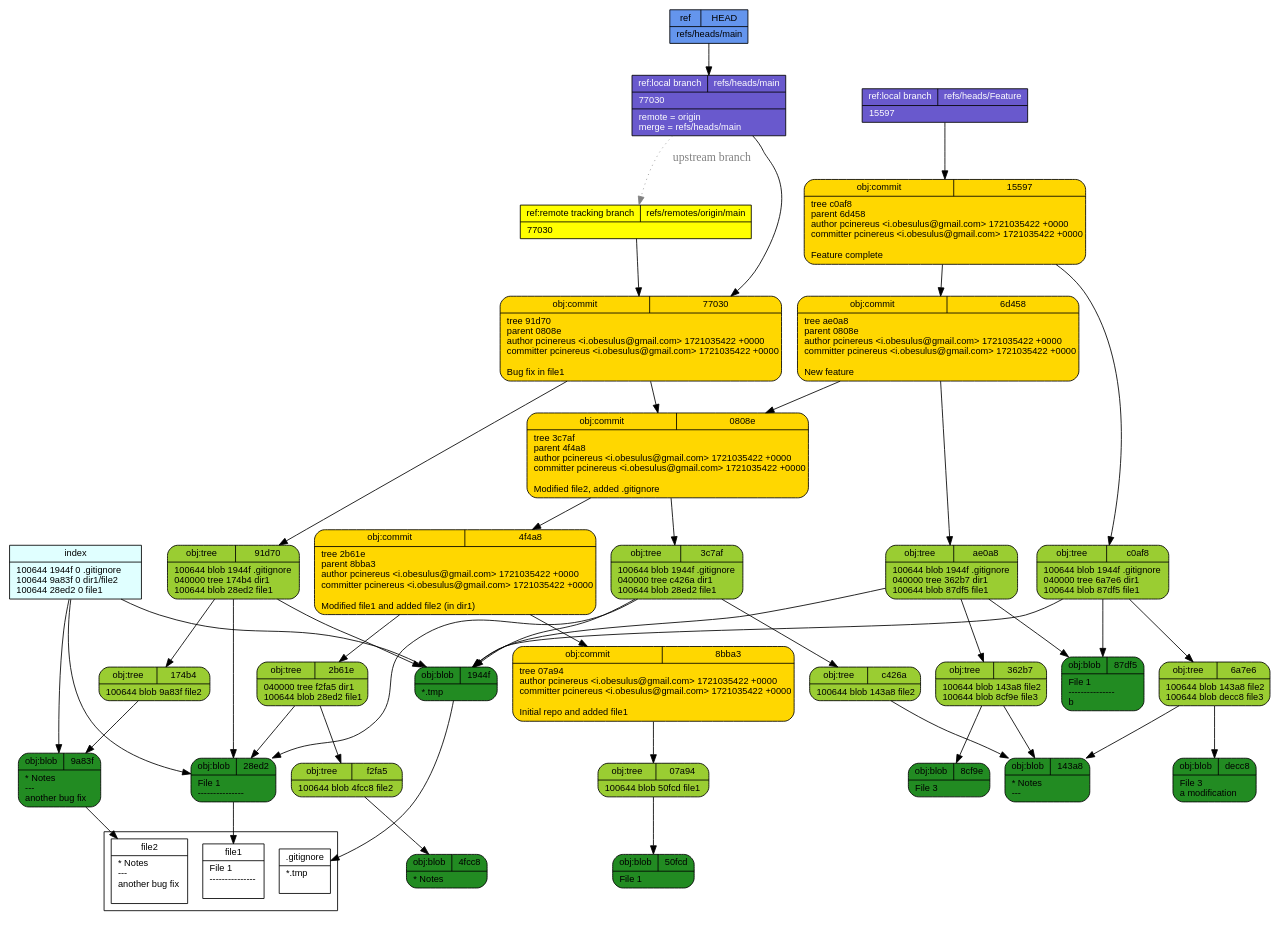
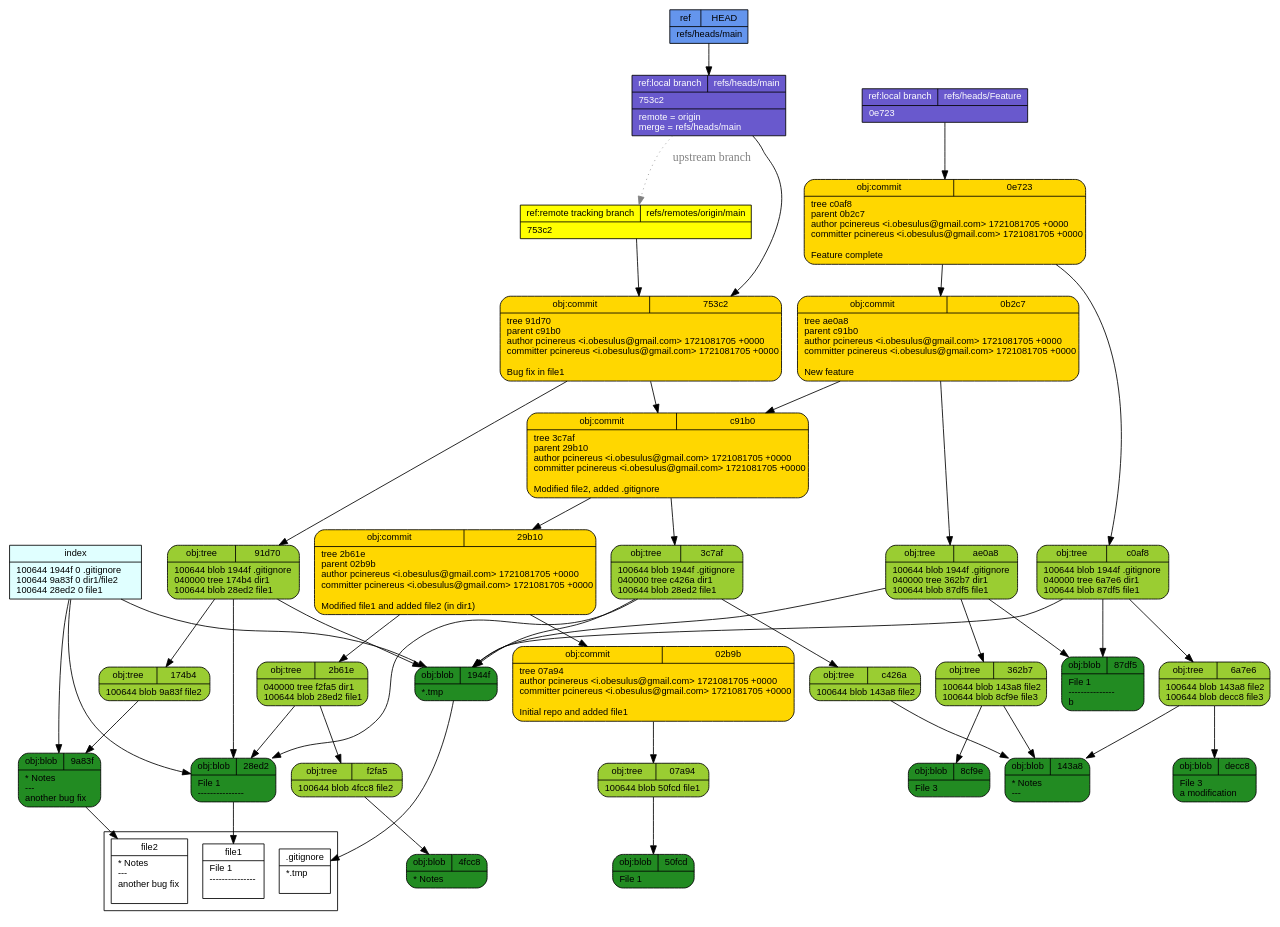
Before and after one commit to pcinereus/SUYRs_documents: the diagram in tut/git-draw.dot, drawn with Graphviz. The commit also changed 607 other files, not shown here.

```diff
--- a/tut/git-draw.dot
+++ b/tut/git-draw.dot
@@ -1,57 +1,57 @@
 digraph structs {
   node [shape=record,fontsize=11,fontname="arial"];
   rankdir="TB";
   _f2fa5 [fillcolor="yellowgreen", style="filled,rounded", label="{{obj:tree|f2fa5}|100644\ blob\ 4fcc8\	file2\l}"]  _f2fa5 -> _4fcc8
   _07a94 [fillcolor="yellowgreen", style="filled,rounded", label="{{obj:tree|07a94}|100644\ blob\ 50fcd\	file1\l}"]  _07a94 -> _50fcd
   _143a8 [fillcolor="forestgreen", style="filled,rounded", label="{{obj:blob|143a8}|\*\ Notes\l\-\-\-\l}"]  _c0af8 [fillcolor="yellowgreen", style="filled,rounded", label="{{obj:tree|c0af8}|100644\ blob\ 1944f\	\.gitignore\l040000\ tree\ 6a7e6\	dir1\l100644\ blob\ 87df5\	file1\l}"]  _c0af8 -> _1944f
   _c0af8 -> _6a7e6
   _c0af8 -> _87df5
-  _4fcc8 [fillcolor="forestgreen", style="filled,rounded", label="{{obj:blob|4fcc8}|\*\ Notes\l}"]  _4f4a8 [fillcolor="gold", style="filled,rounded", label="{{obj:commit|4f4a8}|tree\ 2b61e\lparent\ 8bba3\lauthor\ pcinereus\ \<i\.obesulus\@gmail\.com\>\ 1721035422\ \+0000\lcommitter\ pcinereus\ \<i\.obesulus\@gmail\.com\>\ 1721035422\ \+0000\l\lModified\ file1\ and\ added\ file2\ \(in\ dir1\)\l}"]  _4f4a8 -> _2b61e
-  _4f4a8 -> _8bba3
-  _77030 [fillcolor="gold", style="filled,rounded", label="{{obj:commit|77030}|tree\ 91d70\lparent\ 0808e\lauthor\ pcinereus\ \<i\.obesulus\@gmail\.com\>\ 1721035422\ \+0000\lcommitter\ pcinereus\ \<i\.obesulus\@gmail\.com\>\ 1721035422\ \+0000\l\lBug\ fix\ in\ file1\l}"]  _77030 -> _91d70
-  _77030 -> _0808e
-  _c426a [fillcolor="yellowgreen", style="filled,rounded", label="{{obj:tree|c426a}|100644\ blob\ 143a8\	file2\l}"]  _c426a -> _143a8
-  _1944f [fillcolor="forestgreen", style="filled,rounded", label="{{obj:blob|1944f}|\*\.tmp\l}"]  _50fcd [fillcolor="forestgreen", style="filled,rounded", label="{{obj:blob|50fcd}|File\ 1\l}"]  _0808e [fillcolor="gold", style="filled,rounded", label="{{obj:commit|0808e}|tree\ 3c7af\lparent\ 4f4a8\lauthor\ pcinereus\ \<i\.obesulus\@gmail\.com\>\ 1721035422\ \+0000\lcommitter\ pcinereus\ \<i\.obesulus\@gmail\.com\>\ 1721035422\ \+0000\l\lModified\ file2\,\ added\ \.gitignore\l}"]  _0808e -> _3c7af
-  _0808e -> _4f4a8
+  _4fcc8 [fillcolor="forestgreen", style="filled,rounded", label="{{obj:blob|4fcc8}|\*\ Notes\l}"]  _c426a [fillcolor="yellowgreen", style="filled,rounded", label="{{obj:tree|c426a}|100644\ blob\ 143a8\	file2\l}"]  _c426a -> _143a8
+  _1944f [fillcolor="forestgreen", style="filled,rounded", label="{{obj:blob|1944f}|\*\.tmp\l}"]  _50fcd [fillcolor="forestgreen", style="filled,rounded", label="{{obj:blob|50fcd}|File\ 1\l}"]  _c91b0 [fillcolor="gold", style="filled,rounded", label="{{obj:commit|c91b0}|tree\ 3c7af\lparent\ 29b10\lauthor\ pcinereus\ \<i\.obesulus\@gmail\.com\>\ 1721081705\ \+0000\lcommitter\ pcinereus\ \<i\.obesulus\@gmail\.com\>\ 1721081705\ \+0000\l\lModified\ file2\,\ added\ \.gitignore\l}"]  _c91b0 -> _3c7af
+  _c91b0 -> _29b10
+  _29b10 [fillcolor="gold", style="filled,rounded", label="{{obj:commit|29b10}|tree\ 2b61e\lparent\ 02b9b\lauthor\ pcinereus\ \<i\.obesulus\@gmail\.com\>\ 1721081705\ \+0000\lcommitter\ pcinereus\ \<i\.obesulus\@gmail\.com\>\ 1721081705\ \+0000\l\lModified\ file1\ and\ added\ file2\ \(in\ dir1\)\l}"]  _29b10 -> _2b61e
+  _29b10 -> _02b9b
+  _753c2 [fillcolor="gold", style="filled,rounded", label="{{obj:commit|753c2}|tree\ 91d70\lparent\ c91b0\lauthor\ pcinereus\ \<i\.obesulus\@gmail\.com\>\ 1721081705\ \+0000\lcommitter\ pcinereus\ \<i\.obesulus\@gmail\.com\>\ 1721081705\ \+0000\l\lBug\ fix\ in\ file1\l}"]  _753c2 -> _91d70
+  _753c2 -> _c91b0
+  _02b9b [fillcolor="gold", style="filled,rounded", label="{{obj:commit|02b9b}|tree\ 07a94\lauthor\ pcinereus\ \<i\.obesulus\@gmail\.com\>\ 1721081705\ \+0000\lcommitter\ pcinereus\ \<i\.obesulus\@gmail\.com\>\ 1721081705\ \+0000\l\lInitial\ repo\ and\ added\ file1\l}"]  _02b9b -> _07a94
+  _0e723 [fillcolor="gold", style="filled,rounded", label="{{obj:commit|0e723}|tree\ c0af8\lparent\ 0b2c7\lauthor\ pcinereus\ \<i\.obesulus\@gmail\.com\>\ 1721081705\ \+0000\lcommitter\ pcinereus\ \<i\.obesulus\@gmail\.com\>\ 1721081705\ \+0000\l\lFeature\ complete\l}"]  _0e723 -> _c0af8
+  _0e723 -> _0b2c7
+  _0b2c7 [fillcolor="gold", style="filled,rounded", label="{{obj:commit|0b2c7}|tree\ ae0a8\lparent\ c91b0\lauthor\ pcinereus\ \<i\.obesulus\@gmail\.com\>\ 1721081705\ \+0000\lcommitter\ pcinereus\ \<i\.obesulus\@gmail\.com\>\ 1721081705\ \+0000\l\lNew\ feature\l}"]  _0b2c7 -> _ae0a8
+  _0b2c7 -> _c91b0
   _8cf9e [fillcolor="forestgreen", style="filled,rounded", label="{{obj:blob|8cf9e}|File\ 3\l}"]  _91d70 [fillcolor="yellowgreen", style="filled,rounded", label="{{obj:tree|91d70}|100644\ blob\ 1944f\	\.gitignore\l040000\ tree\ 174b4\	dir1\l100644\ blob\ 28ed2\	file1\l}"]  _91d70 -> _1944f
   _91d70 -> _174b4
   _91d70 -> _28ed2
   _9a83f [fillcolor="forestgreen", style="filled,rounded", label="{{obj:blob|9a83f}|\*\ Notes\l\-\-\-\l\ another\ bug\ fix\l}"]  _ae0a8 [fillcolor="yellowgreen", style="filled,rounded", label="{{obj:tree|ae0a8}|100644\ blob\ 1944f\	\.gitignore\l040000\ tree\ 362b7\	dir1\l100644\ blob\ 87df5\	file1\l}"]  _ae0a8 -> _1944f
   _ae0a8 -> _362b7
   _ae0a8 -> _87df5
-  _15597 [fillcolor="gold", style="filled,rounded", label="{{obj:commit|15597}|tree\ c0af8\lparent\ 6d458\lauthor\ pcinereus\ \<i\.obesulus\@gmail\.com\>\ 1721035422\ \+0000\lcommitter\ pcinereus\ \<i\.obesulus\@gmail\.com\>\ 1721035422\ \+0000\l\lFeature\ complete\l}"]  _15597 -> _c0af8
-  _15597 -> _6d458
   _2b61e [fillcolor="yellowgreen", style="filled,rounded", label="{{obj:tree|2b61e}|040000\ tree\ f2fa5\	dir1\l100644\ blob\ 28ed2\	file1\l}"]  _2b61e -> _f2fa5
   _2b61e -> _28ed2
   _87df5 [fillcolor="forestgreen", style="filled,rounded", label="{{obj:blob|87df5}|File\ 1\l\-\-\-\-\-\-\-\-\-\-\-\-\-\-\-\lb\l}"]  _362b7 [fillcolor="yellowgreen", style="filled,rounded", label="{{obj:tree|362b7}|100644\ blob\ 143a8\	file2\l100644\ blob\ 8cf9e\	file3\l}"]  _362b7 -> _143a8
   _362b7 -> _8cf9e
   _3c7af [fillcolor="yellowgreen", style="filled,rounded", label="{{obj:tree|3c7af}|100644\ blob\ 1944f\	\.gitignore\l040000\ tree\ c426a\	dir1\l100644\ blob\ 28ed2\	file1\l}"]  _3c7af -> _1944f
   _3c7af -> _c426a
   _3c7af -> _28ed2
   _28ed2 [fillcolor="forestgreen", style="filled,rounded", label="{{obj:blob|28ed2}|File\ 1\l\-\-\-\-\-\-\-\-\-\-\-\-\-\-\-\l}"]  _6a7e6 [fillcolor="yellowgreen", style="filled,rounded", label="{{obj:tree|6a7e6}|100644\ blob\ 143a8\	file2\l100644\ blob\ decc8\	file3\l}"]  _6a7e6 -> _143a8
   _6a7e6 -> _decc8
   _174b4 [fillcolor="yellowgreen", style="filled,rounded", label="{{obj:tree|174b4}|100644\ blob\ 9a83f\	file2\l}"]  _174b4 -> _9a83f
-  _decc8 [fillcolor="forestgreen", style="filled,rounded", label="{{obj:blob|decc8}|File\ 3\l\ a\ modification\l}"]  _6d458 [fillcolor="gold", style="filled,rounded", label="{{obj:commit|6d458}|tree\ ae0a8\lparent\ 0808e\lauthor\ pcinereus\ \<i\.obesulus\@gmail\.com\>\ 1721035422\ \+0000\lcommitter\ pcinereus\ \<i\.obesulus\@gmail\.com\>\ 1721035422\ \+0000\l\lNew\ feature\l}"]  _6d458 -> _ae0a8
-  _6d458 -> _0808e
-  _8bba3 [fillcolor="gold", style="filled,rounded", label="{{obj:commit|8bba3}|tree\ 07a94\lauthor\ pcinereus\ \<i\.obesulus\@gmail\.com\>\ 1721035422\ \+0000\lcommitter\ pcinereus\ \<i\.obesulus\@gmail\.com\>\ 1721035422\ \+0000\l\lInitial\ repo\ and\ added\ file1\l}"]  _8bba3 -> _07a94
-  _refs___heads___Feature [style=filled, fillcolor=slateblue3, fontcolor = white,  label="{{ref:local branch|refs\/heads\/Feature}|15597\l}"]
-  _refs___heads___Feature -> _15597
+  _decc8 [fillcolor="forestgreen", style="filled,rounded", label="{{obj:blob|decc8}|File\ 3\l\ a\ modification\l}"]  _refs___heads___Feature [style=filled, fillcolor=slateblue3, fontcolor = white,  label="{{ref:local branch|refs\/heads\/Feature}|0e723\l}"]
+  _refs___heads___Feature -> _0e723
   _refs___heads___main -> _refs___remotes___origin___main [style=dotted, color=gray, fontcolor=gray, label="upstream branch"]
-  _refs___heads___main [style=filled, fillcolor=slateblue3, fontcolor = white,  label="{{ref:local branch|refs\/heads\/main}|77030\l|remote\ \=\ origin\lmerge\ \=\ refs\/heads\/main\l}"]
-  _refs___heads___main -> _77030
-  _refs___remotes___origin___main [style=filled, fillcolor=yellow, fontcolor = black,  label="{{ref:remote tracking branch|refs\/remotes\/origin\/main}|77030\l}"]
-  _refs___remotes___origin___main -> _77030
+  _refs___heads___main [style=filled, fillcolor=slateblue3, fontcolor = white,  label="{{ref:local branch|refs\/heads\/main}|753c2\l|remote\ \=\ origin\lmerge\ \=\ refs\/heads\/main\l}"]
+  _refs___heads___main -> _753c2
+  _refs___remotes___origin___main [style=filled, fillcolor=yellow, fontcolor = black,  label="{{ref:remote tracking branch|refs\/remotes\/origin\/main}|753c2\l}"]
+  _refs___remotes___origin___main -> _753c2
   _HEAD [style=filled, fillcolor=cornflowerblue, fontcolor=black,  label="{{ref|HEAD}|refs\/heads\/main\l}"]
   _HEAD -> _refs___heads___main
   index -> _1944f
   index -> _9a83f
   index -> _28ed2
   index [style=filled, fillcolor=lightcyan, label="{{index}|100644\ 1944f\ 0\	\.gitignore\l100644\ 9a83f\ 0\	dir1\/file2\l100644\ 28ed2\ 0\	file1\l}"]
 subgraph cluster_1 {rank=sink  _gitignore [fillcolor="white", label="{{.gitignore}|*.tmp\l\l}"] 
   _file2 [fillcolor="white", label="{{file2}|* Notes\l---\l another bug fix\l\l}"] 
   _file1 [fillcolor="white", label="{{file1}|File 1\l---------------\l\l}"] 
 }
  _1944f -> _gitignore
  _9a83f -> _file2
  _28ed2 -> _file1
 }
```
